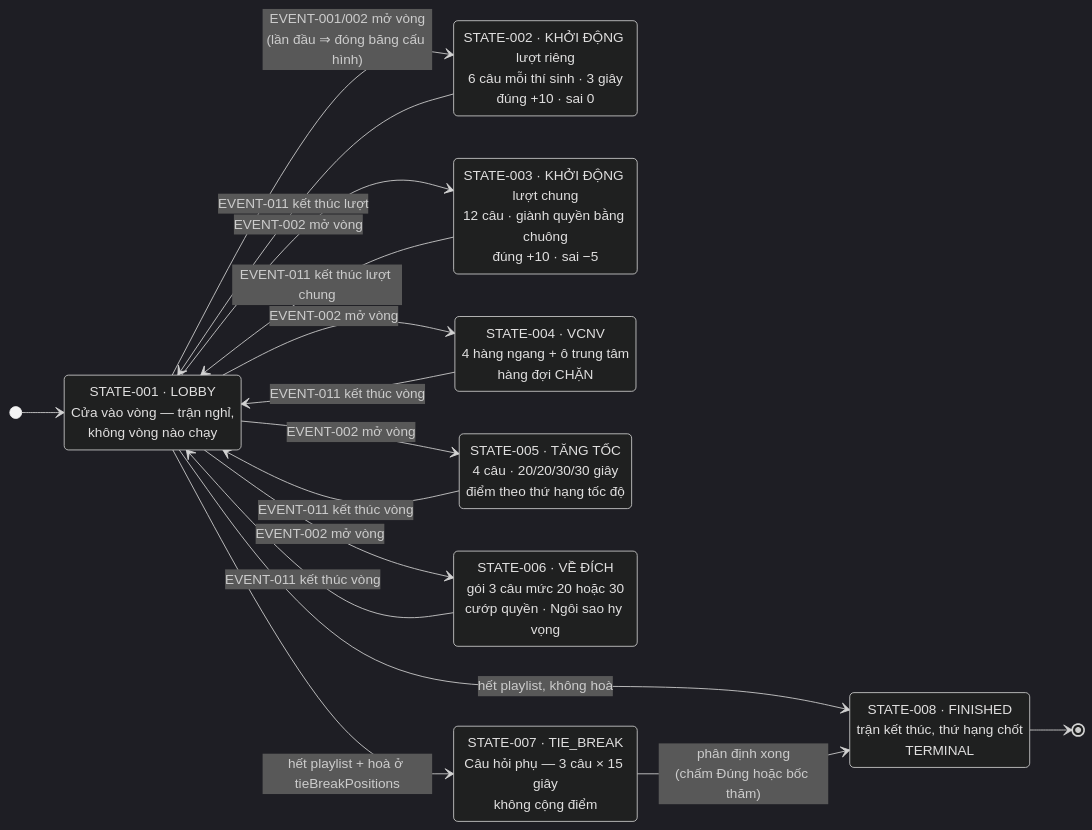
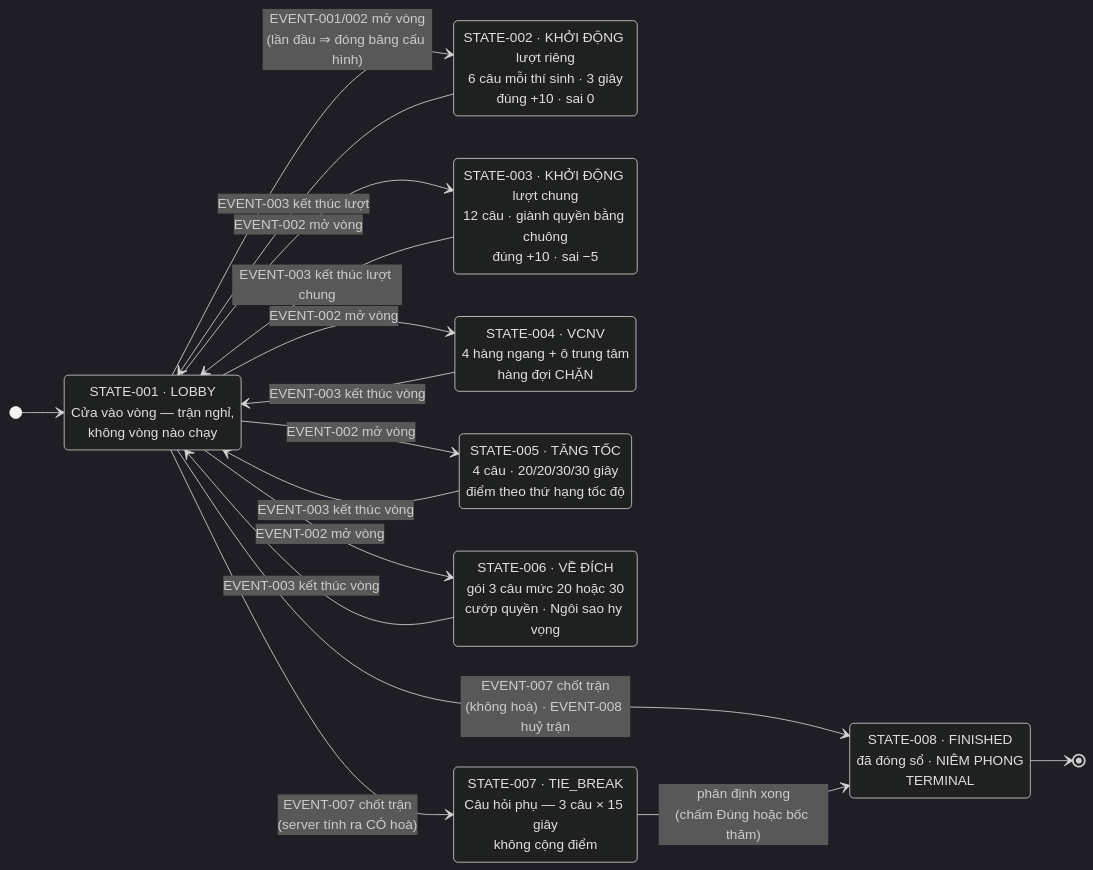
Before and after one commit to Noboroto/KnowledgeDome: the first of 8 diagrams in docs/game-state-machine.md, drawn with Mermaid (dark theme). The commit also changed other lines of this file and 8 other files, not shown here.

````diff
--- a/docs/game-state-machine.md
+++ b/docs/game-state-machine.md
@@ -61,28 +56,28 @@
 ```mermaid
 stateDiagram-v2
   direction LR
   [*] --> S001
   S001: STATE-001 · LOBBY<br/>Cửa vào vòng — trận nghỉ,<br/>không vòng nào chạy
   S002: STATE-002 · KHỞI ĐỘNG lượt riêng<br/>6 câu mỗi thí sinh · 3 giây<br/>đúng +10 · sai 0
   S003: STATE-003 · KHỞI ĐỘNG lượt chung<br/>12 câu · giành quyền bằng chuông<br/>đúng +10 · sai −5
   S004: STATE-004 · VCNV<br/>4 hàng ngang + ô trung tâm<br/>hàng đợi CHẶN
   S005: STATE-005 · TĂNG TỐC<br/>4 câu · 20/20/30/30 giây<br/>điểm theo thứ hạng tốc độ
   S006: STATE-006 · VỀ ĐÍCH<br/>gói 3 câu mức 20 hoặc 30<br/>cướp quyền · Ngôi sao hy vọng
   S007: STATE-007 · TIE_BREAK<br/>Câu hỏi phụ — 3 câu × 15 giây<br/>không cộng điểm
-  S008: STATE-008 · FINISHED<br/>trận kết thúc, thứ hạng chốt<br/>TERMINAL
+  S008: STATE-008 · FINISHED<br/>đã đóng sổ · NIÊM PHONG<br/>TERMINAL
 
   S001 --> S002: EVENT-001/002 mở vòng<br/>(lần đầu ⇒ đóng băng cấu hình)
   S001 --> S003: EVENT-002 mở vòng
   S001 --> S004: EVENT-002 mở vòng
   S001 --> S005: EVENT-002 mở vòng
   S001 --> S006: EVENT-002 mở vòng
-  S002 --> S001: EVENT-011 kết thúc lượt
-  S003 --> S001: EVENT-011 kết thúc lượt chung
-  S004 --> S001: EVENT-011 kết thúc vòng
-  S005 --> S001: EVENT-011 kết thúc vòng
-  S006 --> S001: EVENT-011 kết thúc vòng
-  S001 --> S007: hết playlist + hoà ở tieBreakPositions
-  S001 --> S008: hết playlist, không hoà
+  S002 --> S001: EVENT-003 kết thúc lượt
+  S003 --> S001: EVENT-003 kết thúc lượt chung
+  S004 --> S001: EVENT-003 kết thúc vòng
+  S005 --> S001: EVENT-003 kết thúc vòng
+  S006 --> S001: EVENT-003 kết thúc vòng
+  S001 --> S007: EVENT-007 chốt trận<br/>(server tính ra CÓ hoà)
+  S001 --> S008: EVENT-007 chốt trận<br/>(không hoà) · EVENT-008 huỷ trận
   S007 --> S008: phân định xong<br/>(chấm Đúng hoặc bốc thăm)
   S008 --> [*]
 ```
````
